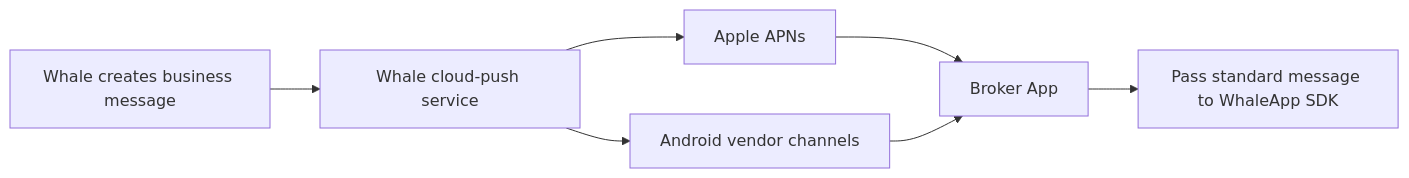
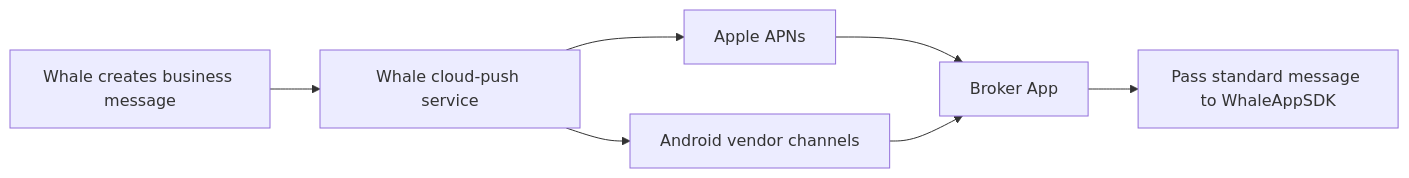
Before and after one commit to longbridge/whale-docs: the first of 2 diagrams in docs/en/docs/message-push.mdx, drawn with Mermaid. The commit also changed other lines of this file and 120 other files, not shown here.

````diff
--- a/docs/en/docs/message-push.mdx
+++ b/docs/en/docs/message-push.mdx
@@ -33,9 +33,9 @@
 ```mermaid
 flowchart LR
     A[Whale creates business message] --> B[Whale cloud-push service]
     B --> C[Apple APNs]
     B --> D[Android vendor channels]
     C --> E[Broker App]
     D --> E
-    E --> F[Pass standard message to WhaleApp SDK]
+    E --> F[Pass standard message to WhaleAppSDK]
 ```
````
